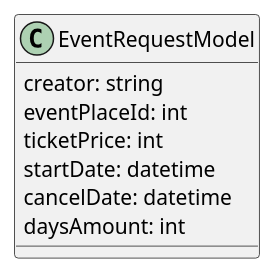
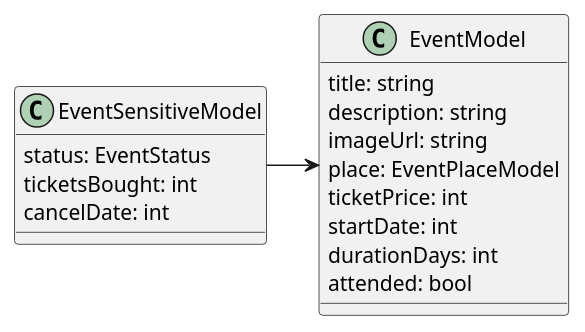
Diagram 20 of 24 in README.org (ai-shift/cyber-valley-tickets), drawn with PlantUML before and after one commit. The commit also changed other lines of this file and 4 other files, not shown here.

```diff
--- a/README.org
+++ b/README.org
@@ -744,10 +751,20 @@
-#+begin_src plantuml :file ./img/event-request-model.png
-class EventRequestModel {
-  creator: string
-  eventPlaceId: int
+#+begin_src plantuml :file ./img/event-model.png
+class EventModel {
+  title: string
+  description: string
+  imageUrl: string
+  place: EventPlaceModel
   ticketPrice: int
-  startDate: datetime
-  cancelDate: datetime
-  daysAmount: int
+  startDate: int
+  durationDays: int
+  attended: bool
 }
+
+class EventSensitiveModel {
+  status: EventStatus
+  ticketsBought: int
+  cancelDate: int
+}
+
+EventSensitiveModel -> EventModel
 #+end_src
```
